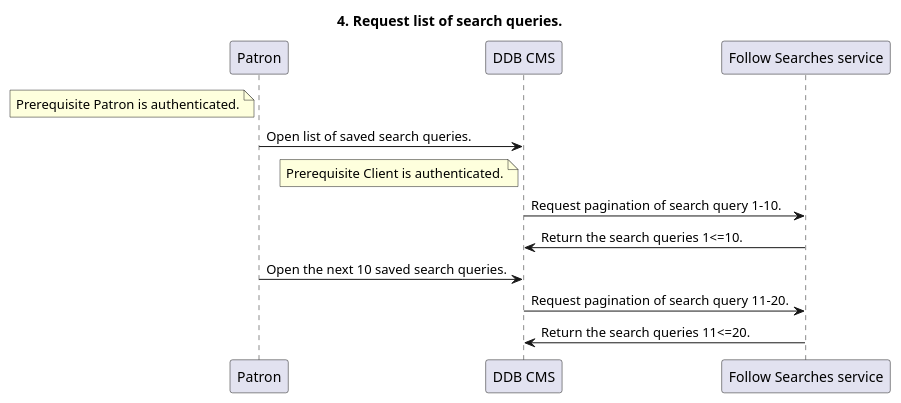
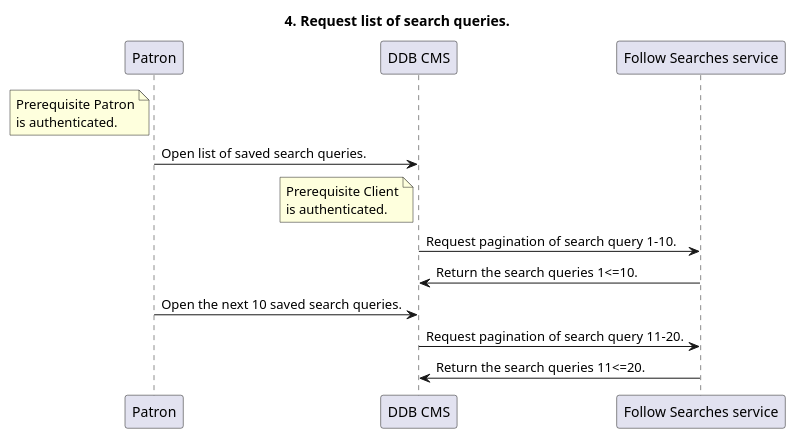
The fourth of 4 diagrams in plantuml/diagrams_openlist_follow-searches.puml (rolfmadsen/rolfmadsen.github.com), drawn with PlantUML before and after one commit. The commit also changed other lines of this file, not shown here.

Commit message:
Fixes to PlantUML notes for multiple lines.

```diff
--- a/plantuml/diagrams_openlist_follow-searches.puml
+++ b/plantuml/diagrams_openlist_follow-searches.puml
@@ -63,16 +81,24 @@
 @startuml
 
     Title: 4. Request list of search queries.
         
-        Note left of Patron: Prerequisite Patron is authenticated.
+        Note left of Patron
+            Prerequisite Patron
+            is authenticated.
+        end note
+
         "Patron"->"DDB CMS": Open list of saved search queries.
 
-        Note left of "DDB CMS": Prerequisite Client is authenticated.
+        Note left of "DDB CMS"
+            Prerequisite Client
+            is authenticated.
+        end note
+
         "DDB CMS"->"Follow Searches service": Request pagination of search query 1-10.
         "Follow Searches service"->"DDB CMS": Return the search queries 1<=10.
 
         "Patron"->"DDB CMS": Open the next 10 saved search queries.
         "DDB CMS"->"Follow Searches service": Request pagination of search query 11-20.
         "Follow Searches service"->"DDB CMS": Return the search queries 11<=20.
 
 @enduml
```
